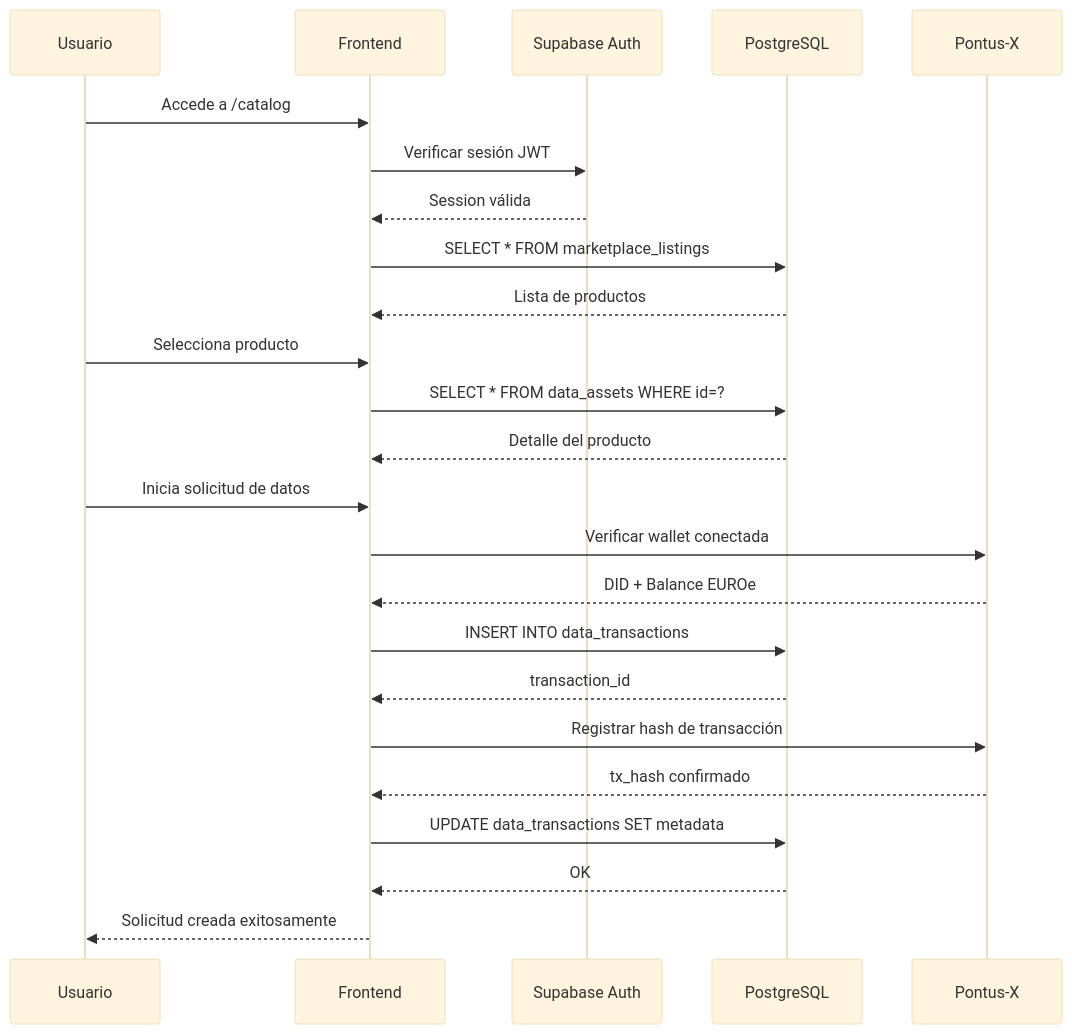
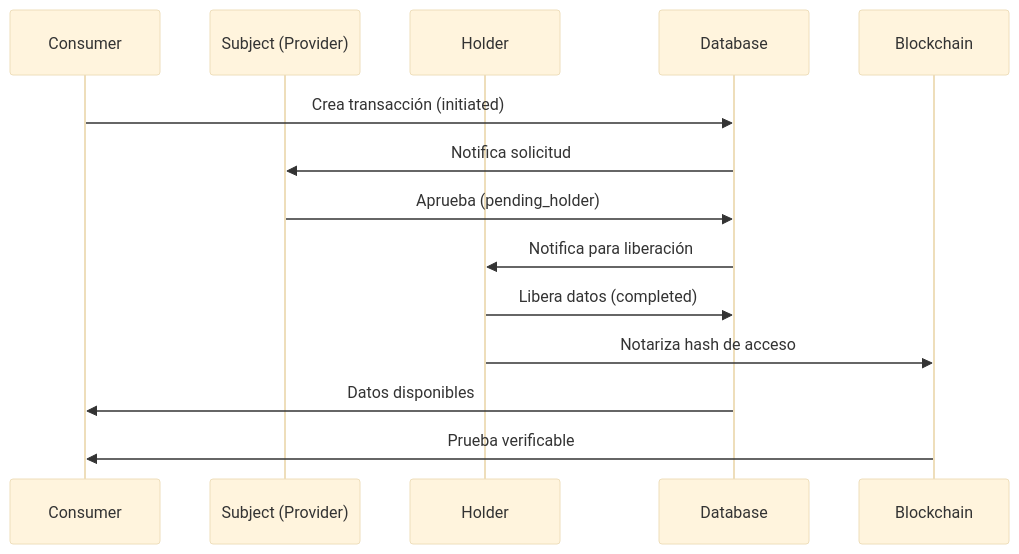
Before and after one commit to Ullswater-Investments/snuggle-app-studio: the third of 13 diagrams in docs/DOCUMENTO_TECNICO.md, drawn with Mermaid (base theme). The commit also changed other lines of this file, not shown here.

````diff
--- a/docs/DOCUMENTO_TECNICO.md
+++ b/docs/DOCUMENTO_TECNICO.md
@@ -207,34 +271,17 @@
 ```mermaid
 sequenceDiagram
-    participant User as Usuario
-    participant FE as Frontend
-    participant Auth as Supabase Auth
-    participant DB as PostgreSQL
-    participant W3 as Pontus-X
-    
-    User->>FE: Accede a /catalog
-    FE->>Auth: Verificar sesión JWT
-    Auth-->>FE: Session válida
-    
-    FE->>DB: SELECT * FROM marketplace_listings
-    DB-->>FE: Lista de productos
-    
-    User->>FE: Selecciona producto
-    FE->>DB: SELECT * FROM data_assets WHERE id=?
-    DB-->>FE: Detalle del producto
-    
-    User->>FE: Inicia solicitud de datos
-    FE->>W3: Verificar wallet conectada
-    W3-->>FE: DID + Balance EUROe
-    
-    FE->>DB: INSERT INTO data_transactions
-    DB-->>FE: transaction_id
-    
-    FE->>W3: Registrar hash de transacción
-    W3-->>FE: tx_hash confirmado
-    
-    FE->>DB: UPDATE data_transactions SET metadata
-    DB-->>FE: OK
-    
-    FE-->>User: Solicitud creada exitosamente
+    participant C as Consumer
+    participant S as Subject (Provider)
+    participant H as Holder
+    participant DB as Database
+    participant BC as Blockchain
+
+    C->>DB: Crea transacción (initiated)
+    DB->>S: Notifica solicitud
+    S->>DB: Aprueba (pending_holder)
+    DB->>H: Notifica para liberación
+    H->>DB: Libera datos (completed)
+    H->>BC: Notariza hash de acceso
+    DB->>C: Datos disponibles
+    BC->>C: Prueba verificable
 ```
````
